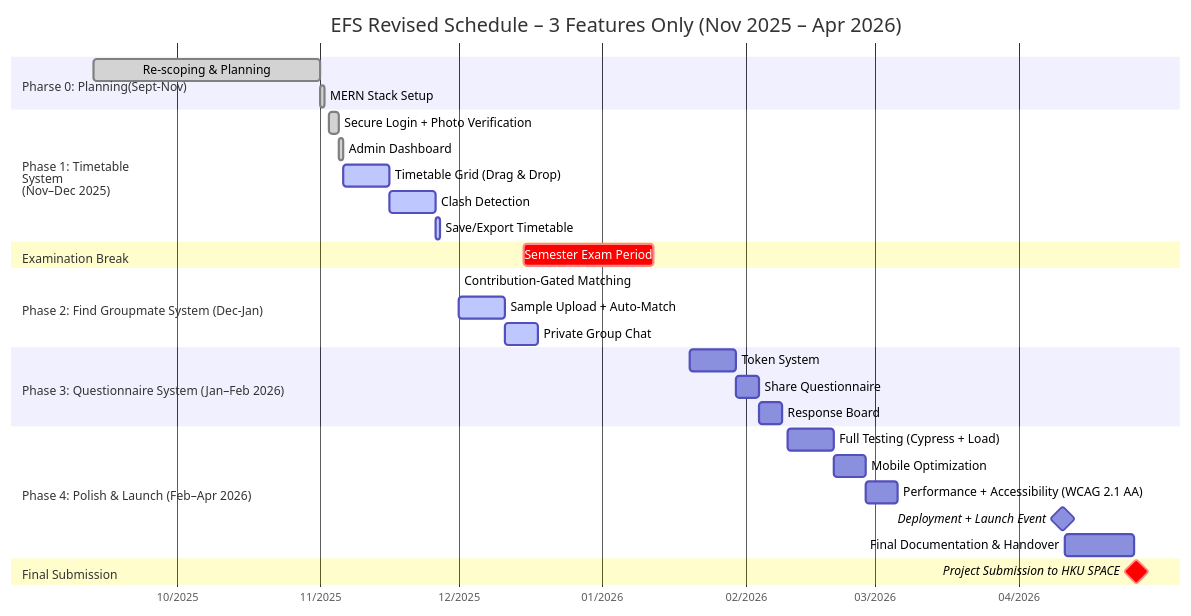
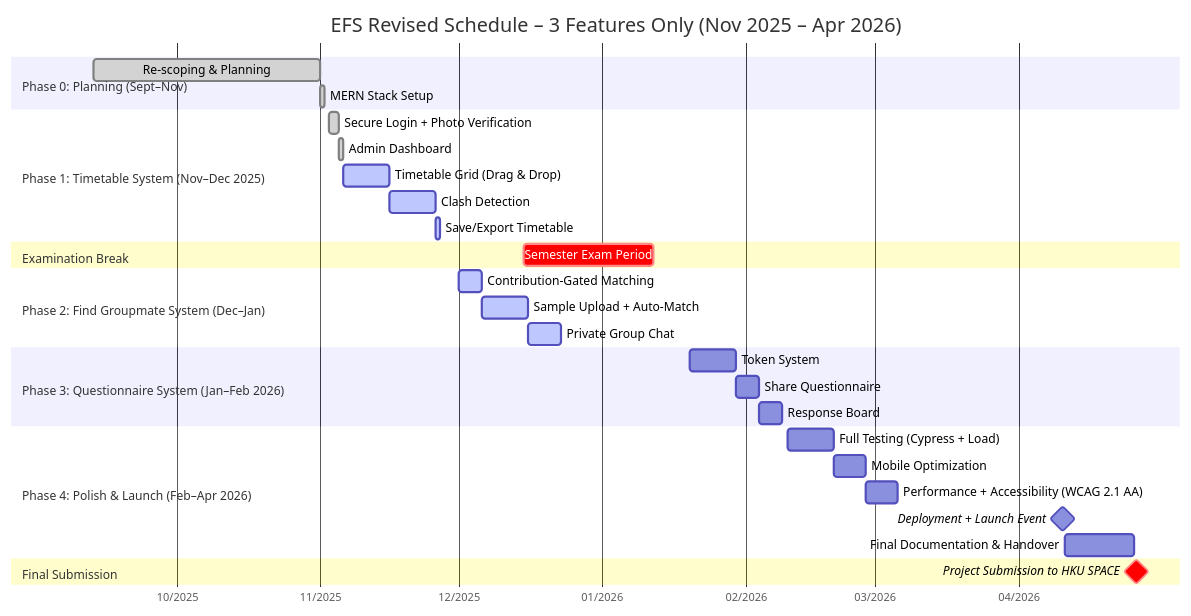
Before and after one commit to MyFGitAccount/MARKDOWN_KK: the diagram in markdown/schedule.md, drawn with Mermaid.

Commit message:
add schedule

````diff
--- a/markdown/schedule.md
+++ b/markdown/schedule.md
@@ -1,42 +1,42 @@
 ```mermaid
 gantt
     title EFS Revised Schedule – 3 Features Only (Nov 2025 – Apr 2026)
     dateFormat  YYYY-MM-DD
     axisFormat  %m/%Y
     tickInterval 1month
     todayMarker stroke-width:1px,stroke:#e74c3c,opacity:0.9,font-size:small
     
-    section Pharse 0: Planning(Sept-Nov)
-    Re-scoping & Planning                     :done, plan1, 2025-9-13, 2025-11-01
+    section Phase 0: Planning (Sept–Nov)
+    Re-scoping & Planning                     :done, plan1, 2025-09-13, 2025-11-01
     MERN Stack Setup                          :done, setup1, after plan1, 1d
 
-    section Phase 1: Timetable <br>System<br>(Nov–Dec 2025)
-    Secure Login + Photo Verification         :done,  auth1, 2025-11-03, 2025-11-05
+    section Phase 1: Timetable System (Nov–Dec 2025)
+    Secure Login + Photo Verification         :done, auth1, 2025-11-03, 2025-11-05
     Admin Dashboard                           :done, admin1, after auth1, 1d
     Timetable Grid (Drag & Drop)              :active, timetable1, after admin1, 10d
     Clash Detection                           :active, clash1, after timetable1, 10d
     Save/Export Timetable                     :active, export1, after clash1, 1d
 
     section Examination Break
     Semester Exam Period                      :crit, exam, 2025-12-15, 2026-01-12
 
-    section Phase 2: Find Groupmate System (Dec-Jan)
-    Contribution-Gated Matching               :active, group1, 2025-12-1, d
+    section Phase 2: Find Groupmate System (Dec–Jan)
+    Contribution-Gated Matching               :active, group1, 2025-12-01, 5d
     Sample Upload + Auto-Match                :active, timer1, after group1, 10d
     Private Group Chat                        :active, chat1, after timer1, 7d
 
     section Phase 3: Questionnaire System (Jan–Feb 2026)
     Token System                              :token1, 2026-01-20, 10d
     Share Questionnaire                       :share1, after token1, 5d
     Response Board                            :board1, after share1, 5d
 
     section Phase 4: Polish & Launch (Feb–Apr 2026)
     Full Testing (Cypress + Load)             :test1, 2026-02-10, 10d
     Mobile Optimization                       :mobile1, after test1, 7d
     Performance + Accessibility (WCAG 2.1 AA) :perf1, after mobile1, 7d
     Deployment + Launch Event                 :milestone, launch, 2026-04-10, 1d
     Final Documentation & Handover            :handover1, after launch, 15d
 
     section Final Submission
     Project Submission to HKU SPACE           :crit, milestone, submit, 2026-04-26, 1d
 ```
````
